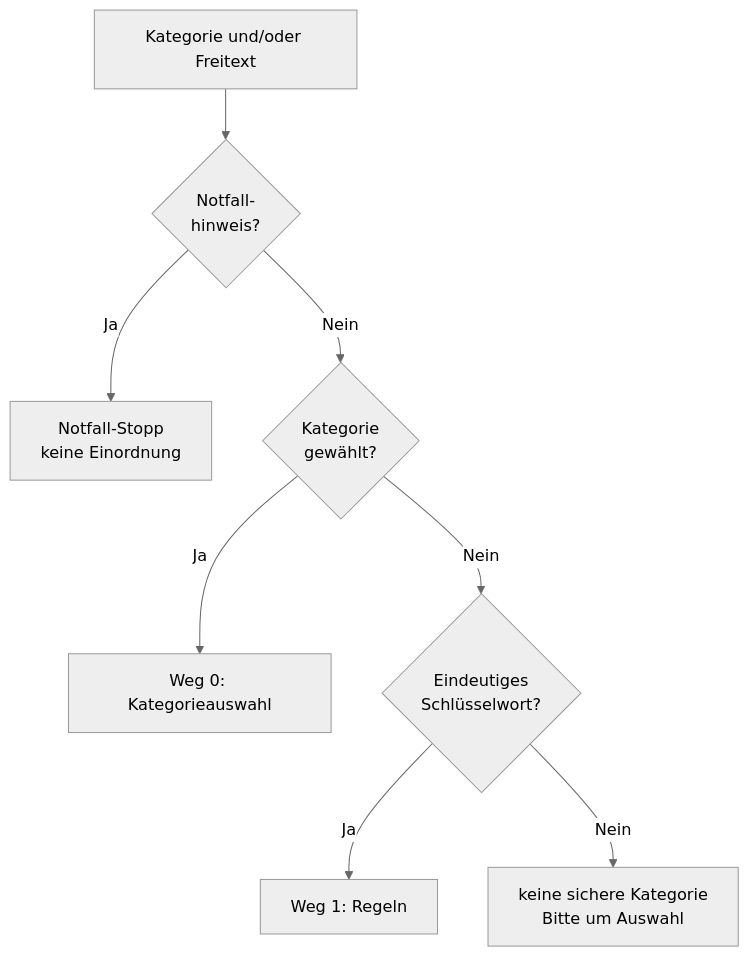
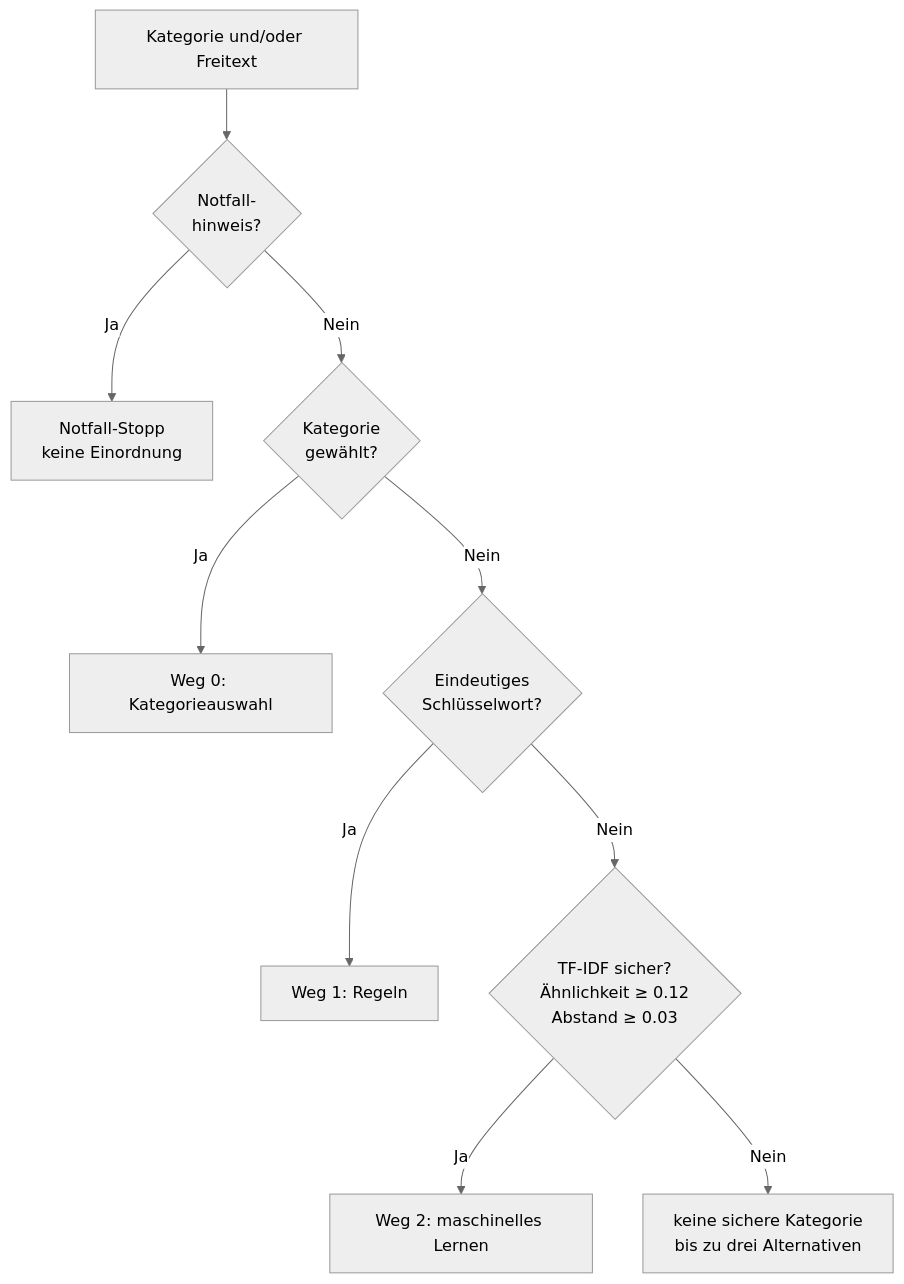
One commit to maliswiss/soforthilfe-bern-mittelland changed the diagram in docs/verstaendniskette.md. Above: the diagram before and after it, drawn with Mermaid (neutral theme). The commit also changed other lines of this file and 7 other files, not shown here.

Commit message:
R2: Maschinelles Lernen mit TF-IDF für Freitext-Anfragen (Refs #37)

````diff
--- a/docs/verstaendniskette.md
+++ b/docs/verstaendniskette.md
@@ -7,10 +7,12 @@
 ```mermaid
 flowchart TD
     E["Kategorie und/oder Freitext"] --> N{"Notfall-<br/>hinweis?"}
     N -->|"Ja"| S["Notfall-Stopp<br/>keine Einordnung"]
     N -->|"Nein"| K{"Kategorie<br/>gewählt?"}
     K -->|"Ja"| W0["Weg 0: Kategorieauswahl"]
     K -->|"Nein"| R{"Eindeutiges<br/>Schlüsselwort?"}
     R -->|"Ja"| W1["Weg 1: Regeln"]
-    R -->|"Nein"| O["keine sichere Kategorie<br/>Bitte um Auswahl"]
+    R -->|"Nein"| M{"TF-IDF sicher?<br/>Ähnlichkeit ≥ 0.12<br/>Abstand ≥ 0.03"}
+    M -->|"Ja"| W2["Weg 2: maschinelles Lernen"]
+    M -->|"Nein"| O["keine sichere Kategorie<br/>bis zu drei Alternativen"]
 ```
````
